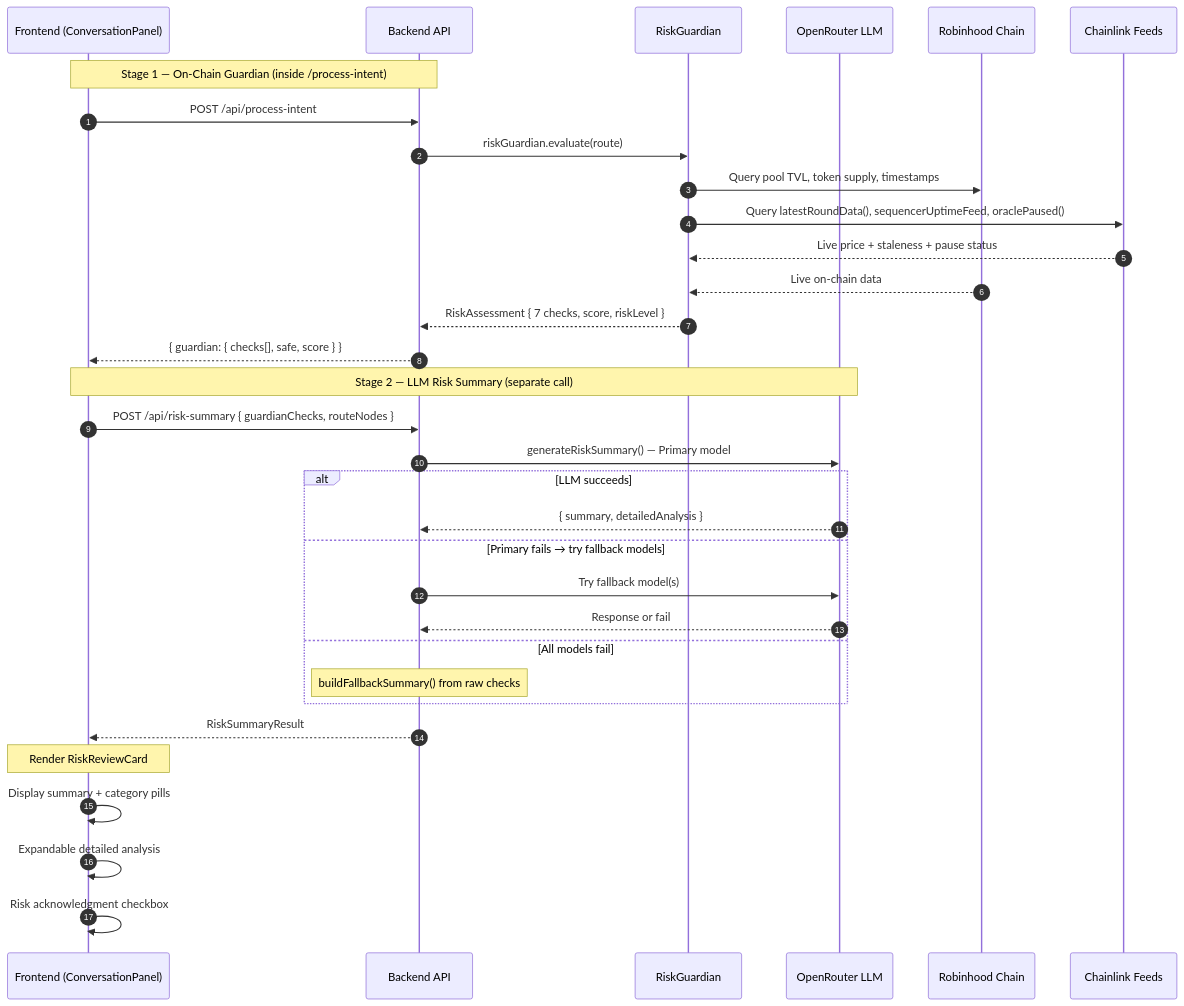
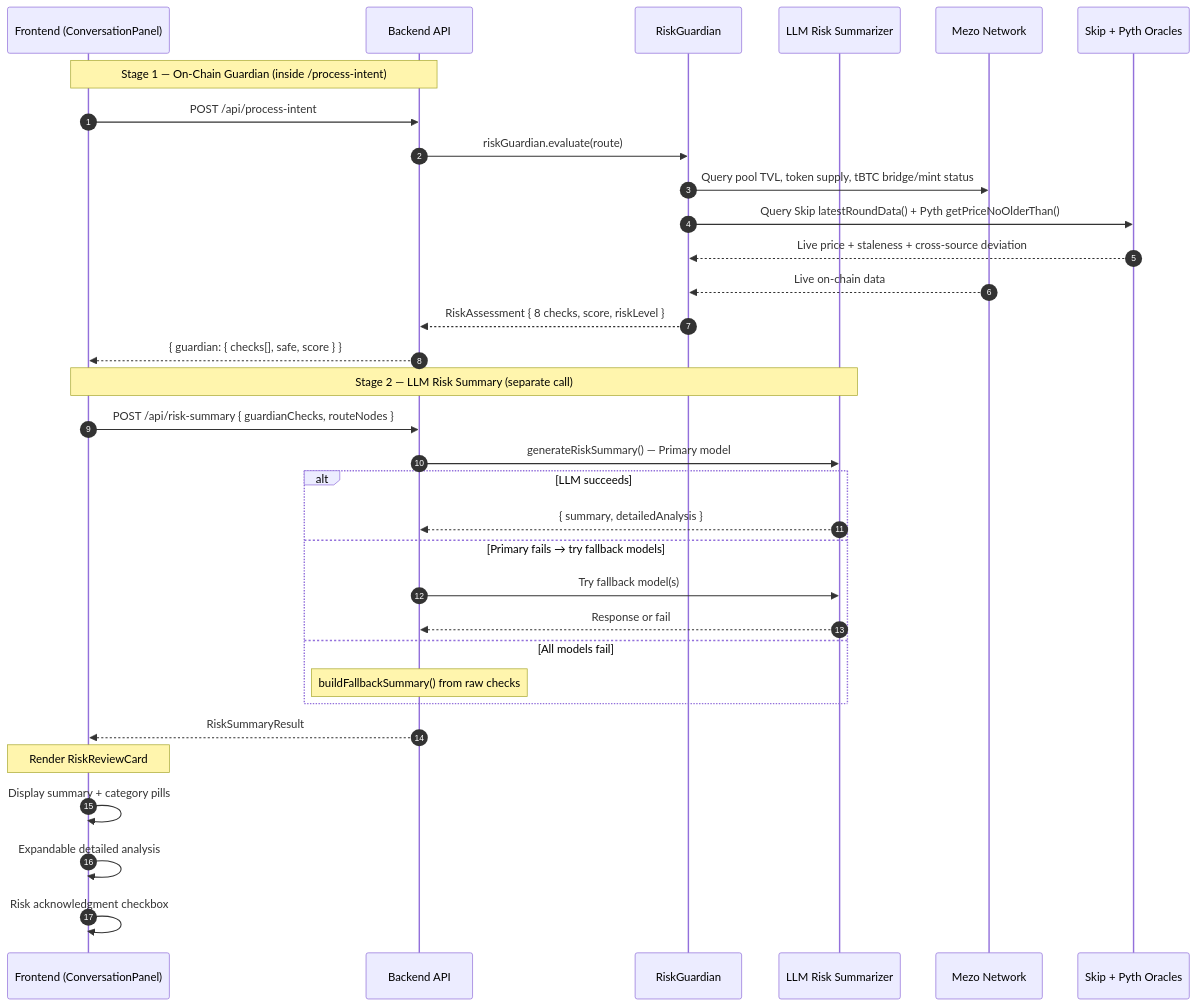
One commit to quangduy24/Soka changed the second of 2 diagrams in README.md. Above: the diagram before and after it, drawn with Mermaid. The commit also changed other lines of this file and 105 other files, not shown here.

````diff
--- a/README.md
+++ b/README.md
@@ -118,38 +118,38 @@
 ```mermaid
 sequenceDiagram
     autonumber
     participant FE as Frontend (ConversationPanel)
     participant API as Backend API
     participant G as RiskGuardian
-    participant LLM as OpenRouter LLM
-    participant BC as Robinhood Chain
-    participant Oracle as Chainlink Feeds
+    participant LLM as LLM Risk Summarizer
+    participant BC as Mezo Network
+    participant Oracle as Skip + Pyth Oracles
 
     Note over FE,API: Stage 1 — On-Chain Guardian (inside /process-intent)
     FE->>API: POST /api/process-intent
     API->>G: riskGuardian.evaluate(route)
-    G->>BC: Query pool TVL, token supply, timestamps
-    G->>Oracle: Query latestRoundData(), sequencerUptimeFeed, oraclePaused()
-    Oracle-->>G: Live price + staleness + pause status
+    G->>BC: Query pool TVL, token supply, tBTC bridge/mint status
+    G->>Oracle: Query Skip latestRoundData() + Pyth getPriceNoOlderThan()
+    Oracle-->>G: Live price + staleness + cross-source deviation
     BC-->>G: Live on-chain data
-    G-->>API: RiskAssessment { 7 checks, score, riskLevel }
+    G-->>API: RiskAssessment { 8 checks, score, riskLevel }
     API-->>FE: { guardian: { checks[], safe, score } }
 
     Note over FE,LLM: Stage 2 — LLM Risk Summary (separate call)
     FE->>API: POST /api/risk-summary { guardianChecks, routeNodes }
     API->>LLM: generateRiskSummary() — Primary model
     alt LLM succeeds
         LLM-->>API: { summary, detailedAnalysis }
     else Primary fails → try fallback models
         API->>LLM: Try fallback model(s)
         LLM-->>API: Response or fail
     else All models fail
         Note over API: buildFallbackSummary() from raw checks
     end
     API-->>FE: RiskSummaryResult
 
     Note over FE: Render RiskReviewCard
     FE->>FE: Display summary + category pills
     FE->>FE: Expandable detailed analysis
     FE->>FE: Risk acknowledgment checkbox
 ```
````
